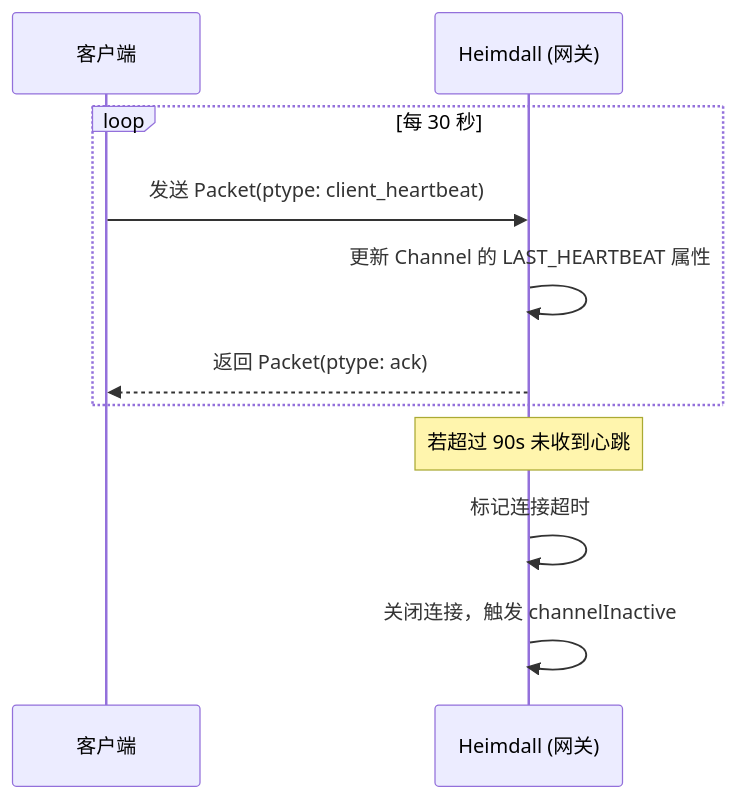
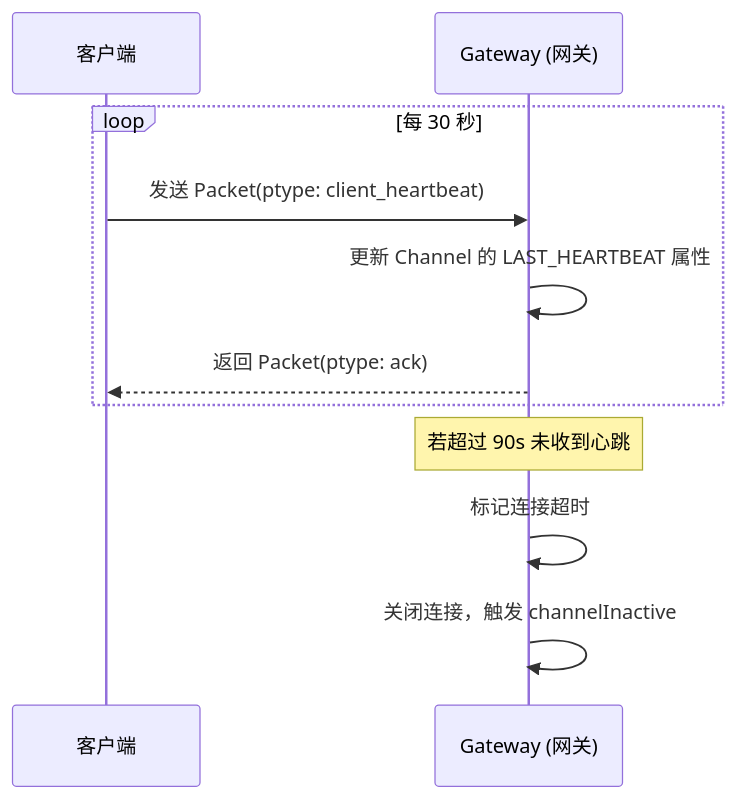
Before and after one commit to givingwu/bifrost-chat: the third of 13 diagrams in specs/bifrost-client-integration-guide.md, drawn with Mermaid. The commit also changed other lines of this file and 53 other files, not shown here.

````diff
--- a/specs/bifrost-client-integration-guide.md
+++ b/specs/bifrost-client-integration-guide.md
@@ -822,15 +822,15 @@
 ```mermaid
 sequenceDiagram
     participant C as 客户端
-    participant H as Heimdall (网关)
+    participant H as Gateway (网关)
 
     loop 每 30 秒
         C->>H: 发送 Packet(ptype: client_heartbeat)
         H->>H: 更新 Channel 的 LAST_HEARTBEAT 属性
         H-->>C: 返回 Packet(ptype: ack)
     end
 
     Note over H: 若超过 90s 未收到心跳
     H->>H: 标记连接超时
     H->>H: 关闭连接，触发 channelInactive
 ```
````
